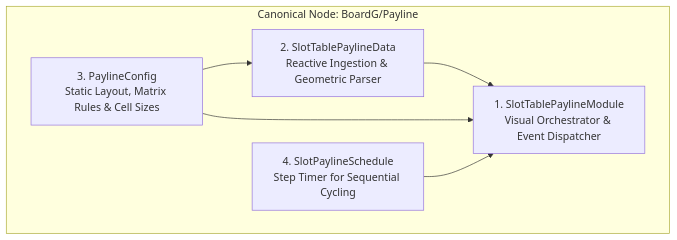
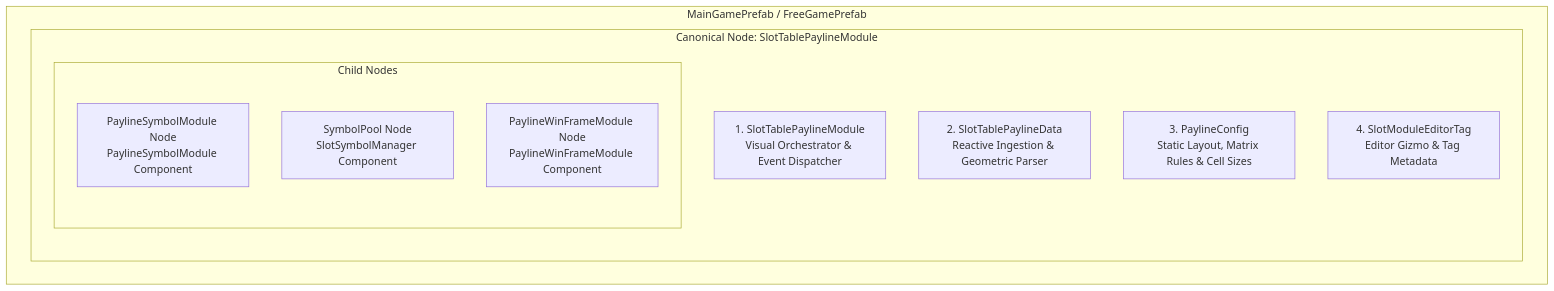
One commit to lam-ark/mcp-fwcc changed the diagram in docs/cc_slot_module/systems/05_payline_and_win_presentation_system/03_payline_component_quad_and_rendering_layers.md. Above: the diagram before and after it, drawn with Mermaid. The commit also changed other lines of this file and 4 other files, not shown here.

````diff
--- a/docs/cc_slot_module/systems/05_payline_and_win_presentation_system/03_payline_component_quad_and_rendering_layers.md
+++ b/docs/cc_slot_module/systems/05_payline_and_win_presentation_system/03_payline_component_quad_and_rendering_layers.md
@@ -16,14 +16,17 @@
 ```mermaid
 graph TD
-    subgraph Payline Node [Canonical Node: BoardG/Payline]
-        Module[1. SlotTablePaylineModule<br/>Visual Orchestrator & Event Dispatcher]
-        Data[2. SlotTablePaylineData<br/>Reactive Ingestion & Geometric Parser]
-        Config[3. PaylineConfig<br/>Static Layout, Matrix Rules & Cell Sizes]
-        Schedule[4. SlotPaylineSchedule<br/>Step Timer for Sequential Cycling]
+    subgraph Mode Prefab [MainGamePrefab / FreeGamePrefab]
+        subgraph SlotTablePaylineModule Node [Canonical Node: SlotTablePaylineModule]
+            Module[1. SlotTablePaylineModule<br/>Visual Orchestrator & Event Dispatcher]
+            Data[2. SlotTablePaylineData<br/>Reactive Ingestion & Geometric Parser]
+            Config[3. PaylineConfig<br/>Static Layout, Matrix Rules & Cell Sizes]
+            EditorTag[4. SlotModuleEditorTag<br/>Editor Gizmo & Tag Metadata]
+            
+            subgraph Child Nodes
+                SymNode[PaylineSymbolModule Node<br/>PaylineSymbolModule Component]
+                PoolNode[SymbolPool Node<br/>SlotSymbolManager Component]
+                FrameNode[PaylineWinFrameModule Node<br/>PaylineWinFrameModule Component]
+            end
+        end
     end
-    
-    Data --> Module
-    Config --> Data
-    Config --> Module
-    Schedule --> Module
 ```
````
